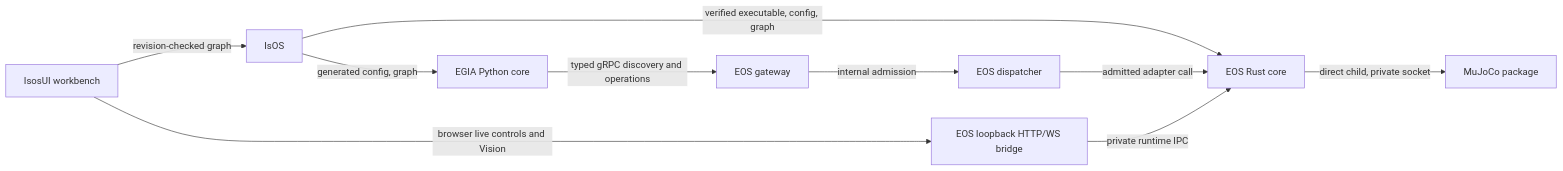
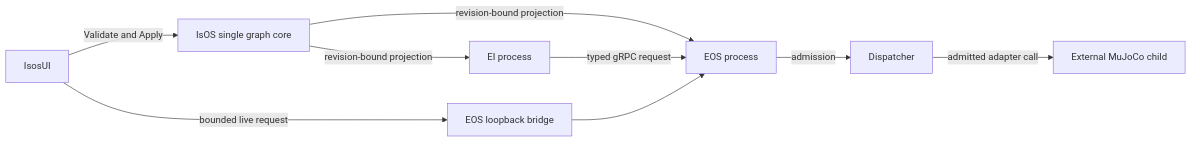
The diagram in docs/island/architecture.md (Island-Team/Aether-EOS-R), drawn with Mermaid before and after one commit. The commit also changed other lines of this file and 2082 other files, not shown here.

````diff
--- a/docs/island/architecture.md
+++ b/docs/island/architecture.md
@@ -21,12 +22,11 @@
 ```mermaid
 flowchart LR
-  UI[IsosUI workbench] -->|revision-checked graph| OS[IsOS]
-  OS -->|verified executable, config, graph| EOS[EOS Rust core]
-  OS -->|generated config, graph| EGIA[EGIA Python core]
-  EOS -->|direct child, private socket| SIM[MuJoCo package]
-  EGIA -->|typed gRPC discovery and operations| G[EOS gateway]
-  UI -->|browser live controls and Vision| B[EOS loopback HTTP/WS bridge]
-  B -->|private runtime IPC| EOS
-  G -->|internal admission| DISP[EOS dispatcher]
-  DISP -->|admitted adapter call| EOS
+  UI[IsosUI] -->|Validate and Apply| OS[IsOS single graph core]
+  OS -->|revision-bound projection| EOS[EOS process]
+  OS -->|revision-bound projection| EI[EI process]
+  EI -->|typed gRPC request| EOS
+  UI -->|bounded live request| BR[EOS loopback bridge]
+  BR --> EOS
+  EOS -->|admission| D[Dispatcher]
+  D -->|admitted adapter call| SIM[External MuJoCo child]
 ```
````
